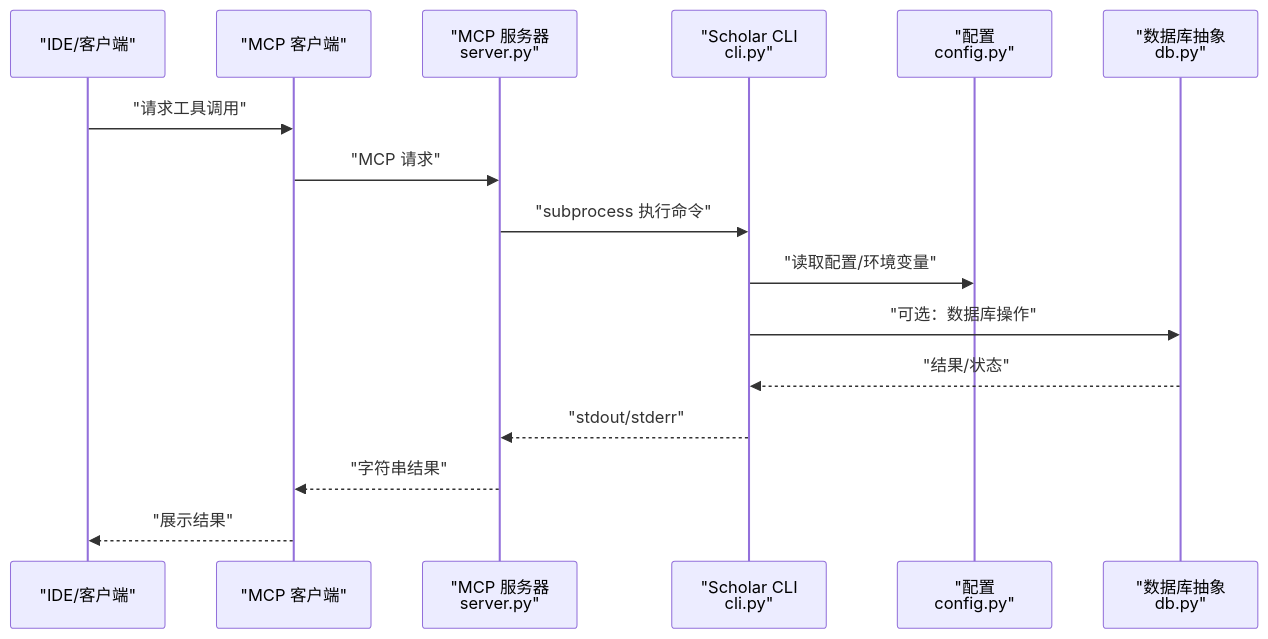
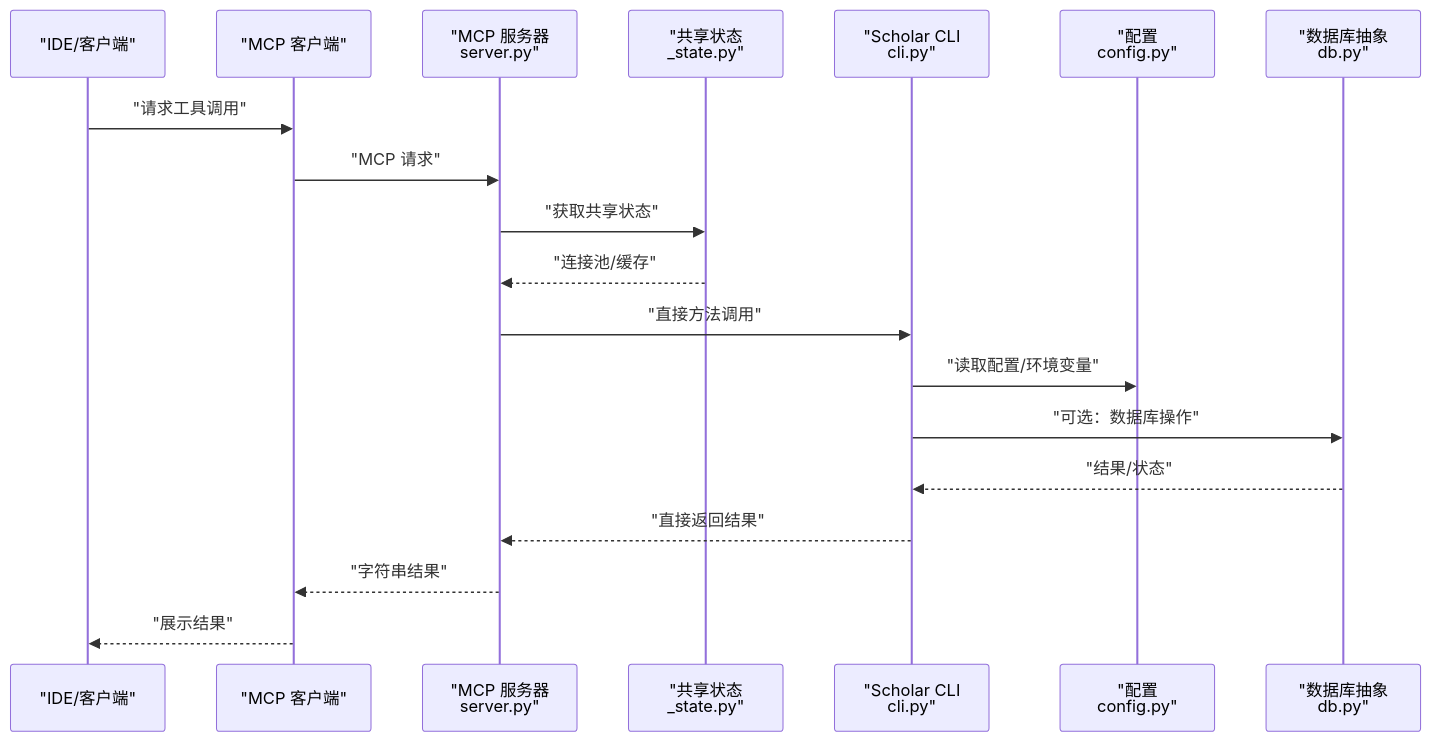
Before and after one commit to 1173591564/academic-based-qoder: the second of 5 diagrams in .qoder/repowiki/zh/content/API参考文档/MCP工具API.md, drawn with Mermaid. The commit also changed other lines of this file and 80 other files, not shown here.

````diff
--- a/.qoder/repowiki/zh/content/API参考文档/MCP工具API.md
+++ b/.qoder/repowiki/zh/content/API参考文档/MCP工具API.md
@@ -131,18 +143,21 @@
 ```mermaid
 sequenceDiagram
 participant IDE as "IDE/客户端"
 participant MCP as "MCP 客户端"
 participant Server as "MCP 服务器<br/>server.py"
+participant State as "共享状态<br/>_state.py"
 participant CLI as "Scholar CLI<br/>cli.py"
 participant CFG as "配置<br/>config.py"
 participant DB as "数据库抽象<br/>db.py"
 IDE->>MCP : "请求工具调用"
 MCP->>Server : "MCP 请求"
-Server->>CLI : "subprocess 执行命令"
+Server->>State : "获取共享状态"
+State-->>Server : "连接池/缓存"
+Server->>CLI : "直接方法调用"
 CLI->>CFG : "读取配置/环境变量"
 CLI->>DB : "可选：数据库操作"
 DB-->>CLI : "结果/状态"
-CLI-->>Server : "stdout/stderr"
+CLI-->>Server : "直接返回结果"
 Server-->>MCP : "字符串结果"
 MCP-->>IDE : "展示结果"
 ```
````
